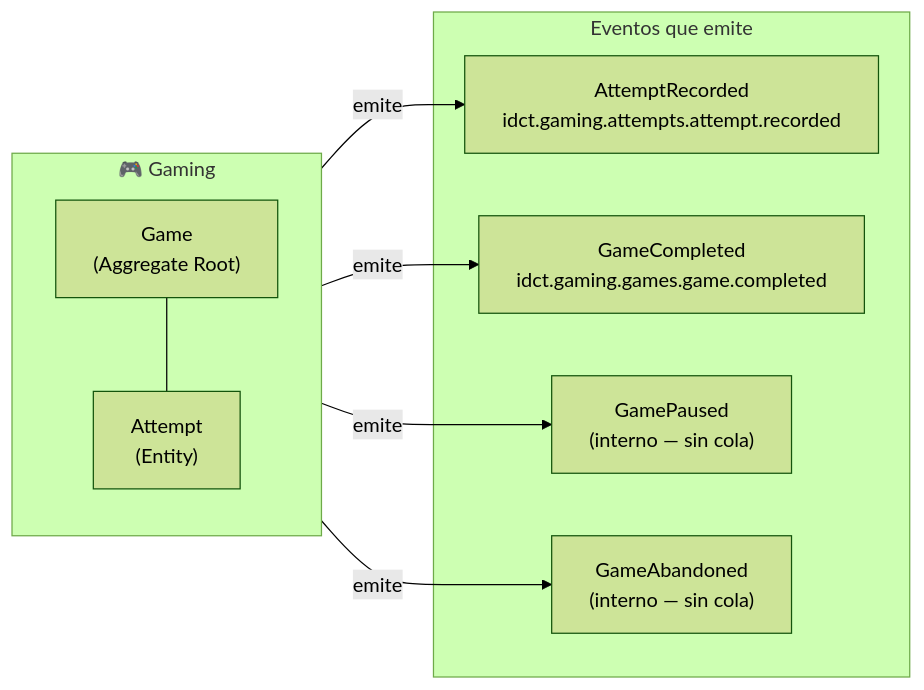
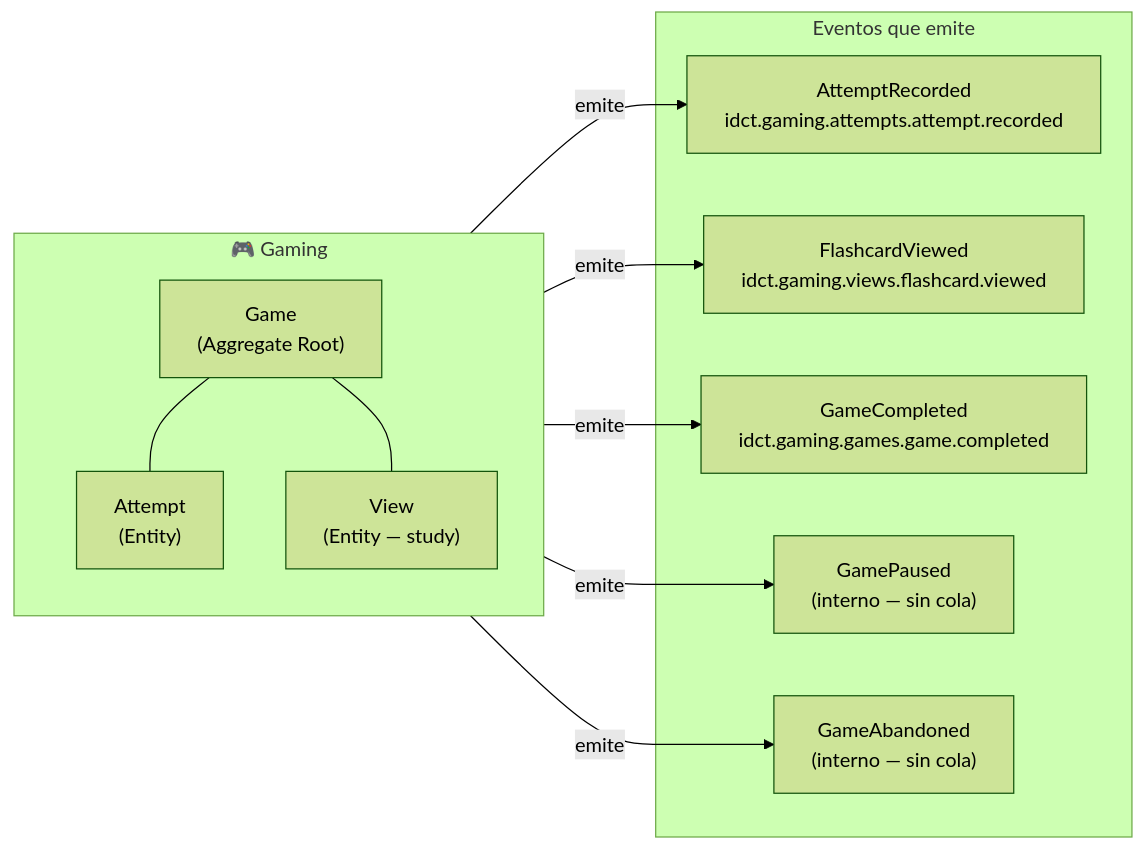
Before and after one commit to AbrahamVilchesDeLaCruz/ididntcatchthat: the third of 7 diagrams in docs/domain/bounded-contexts-detail.md, drawn with Mermaid (forest theme). The commit also changed other lines of this file and 11 other files, not shown here.

First line of the commit message:
docs(study): add architecture ADR and study mode specifications

````diff
--- a/docs/domain/bounded-contexts-detail.md
+++ b/docs/domain/bounded-contexts-detail.md
@@ -93,20 +93,24 @@
 ```mermaid
 graph LR
     subgraph Gaming ["🎮 Gaming"]
         Game["Game\n(Aggregate Root)"]
         Attempt["Attempt\n(Entity)"]
+        View["View\n(Entity — study)"]
         Game --- Attempt
+        Game --- View
     end
 
     subgraph Emits ["Eventos que emite"]
         E1["AttemptRecorded\nidct.gaming.attempts.attempt.recorded"]
+        E1b["FlashcardViewed\nidct.gaming.views.flashcard.viewed"]
         E2["GameCompleted\nidct.gaming.games.game.completed"]
         E3["GamePaused\n(interno — sin cola)"]
         E4["GameAbandoned\n(interno — sin cola)"]
     end
 
     Gaming -->|emite| E1
+    Gaming -->|emite| E1b
     Gaming -->|emite| E2
     Gaming -->|emite| E3
     Gaming -->|emite| E4
 ```
````
